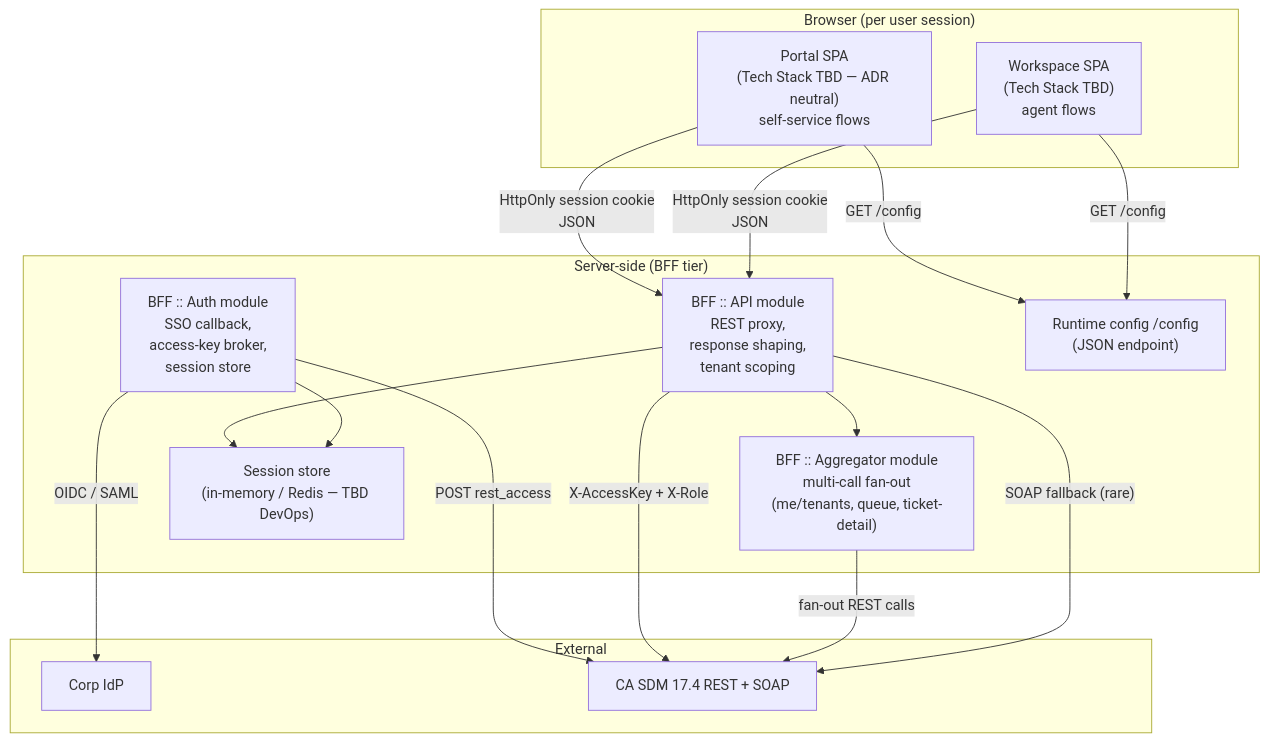
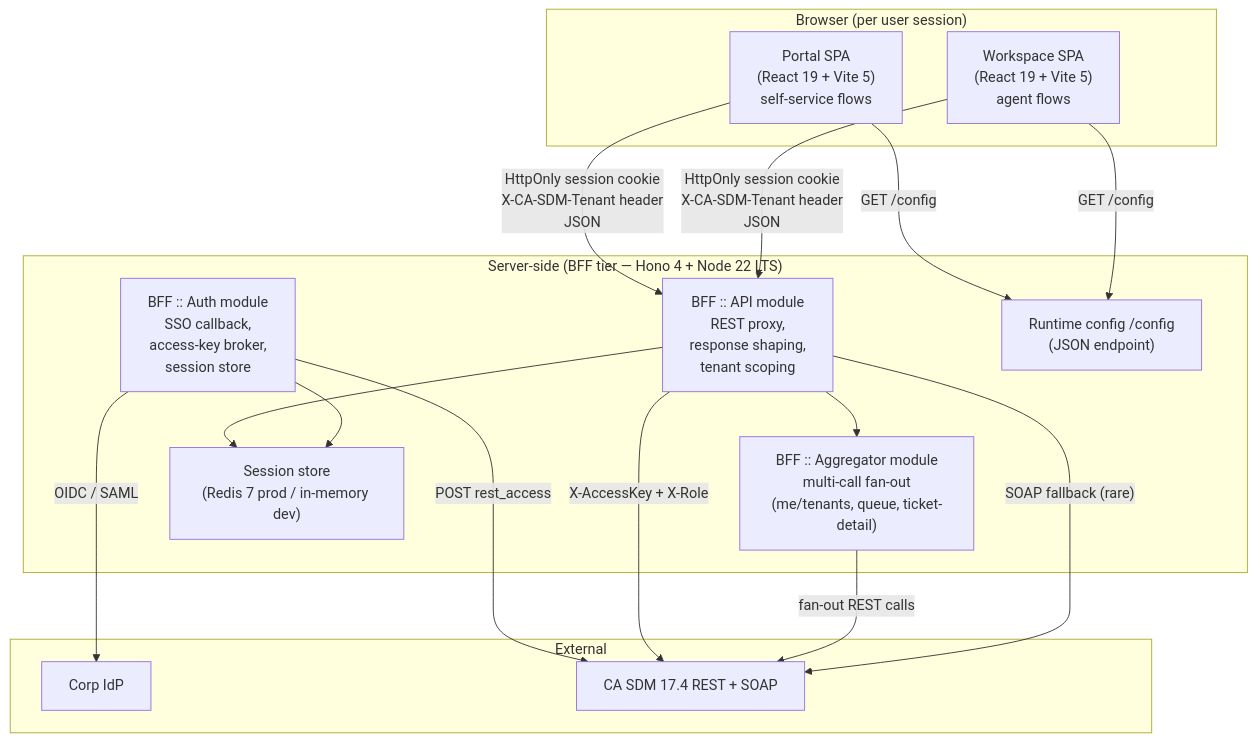
The second of 2 diagrams in docs/agents/architecture/architecture.md (Spigotek/SDM-Rewrite), drawn with Mermaid before and after one commit. The commit also changed other lines of this file and 15 other files, not shown here.

First line of the commit message:
[20260508-192438][round-2][04] architecture (r2): BFF=Hono 4, ADRs accepted, tenant header X-CA-SDM-Tenant, risks resolved

````diff
--- a/docs/agents/architecture/architecture.md
+++ b/docs/agents/architecture/architecture.md
@@ -75,34 +88,34 @@
 ```mermaid
 flowchart TB
     subgraph "Browser (per user session)"
-        PortalApp["Portal SPA<br/>(Tech Stack TBD — ADR neutral)<br/>self-service flows"]
-        WorkspaceApp["Workspace SPA<br/>(Tech Stack TBD)<br/>agent flows"]
+        PortalApp["Portal SPA<br/>(React 19 + Vite 5)<br/>self-service flows"]
+        WorkspaceApp["Workspace SPA<br/>(React 19 + Vite 5)<br/>agent flows"]
     end
 
-    subgraph "Server-side (BFF tier)"
+    subgraph "Server-side (BFF tier — Hono 4 + Node 22 LTS)"
         BFFAuth["BFF :: Auth module<br/>SSO callback,<br/>access-key broker,<br/>session store"]
         BFFAPI["BFF :: API module<br/>REST proxy,<br/>response shaping,<br/>tenant scoping"]
         BFFAgg["BFF :: Aggregator module<br/>multi-call fan-out<br/>(me/tenants, queue, ticket-detail)"]
-        BFFSession["Session store<br/>(in-memory / Redis — TBD DevOps)"]
+        BFFSession["Session store<br/>(Redis 7 prod / in-memory dev)"]
         BFFConfig["Runtime config /config<br/>(JSON endpoint)"]
     end
 
     subgraph "External"
         IdP["Corp IdP"]
         CASDM["CA SDM 17.4 REST + SOAP"]
     end
 
-    PortalApp -- "HttpOnly session cookie<br/>JSON" --> BFFAPI
-    WorkspaceApp -- "HttpOnly session cookie<br/>JSON" --> BFFAPI
+    PortalApp -- "HttpOnly session cookie<br/>X-CA-SDM-Tenant header<br/>JSON" --> BFFAPI
+    WorkspaceApp -- "HttpOnly session cookie<br/>X-CA-SDM-Tenant header<br/>JSON" --> BFFAPI
     PortalApp -- "GET /config" --> BFFConfig
     WorkspaceApp -- "GET /config" --> BFFConfig
 
     BFFAPI --> BFFSession
     BFFAuth --> BFFSession
     BFFAPI --> BFFAgg
     BFFAuth -- "OIDC / SAML" --> IdP
     BFFAuth -- "POST rest_access" --> CASDM
     BFFAPI -- "X-AccessKey + X-Role" --> CASDM
     BFFAgg -- "fan-out REST calls" --> CASDM
     BFFAPI -- "SOAP fallback (rare)" --> CASDM
 ```
````
